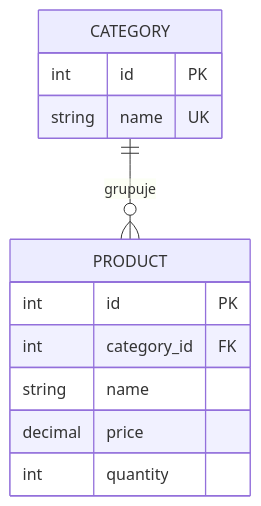
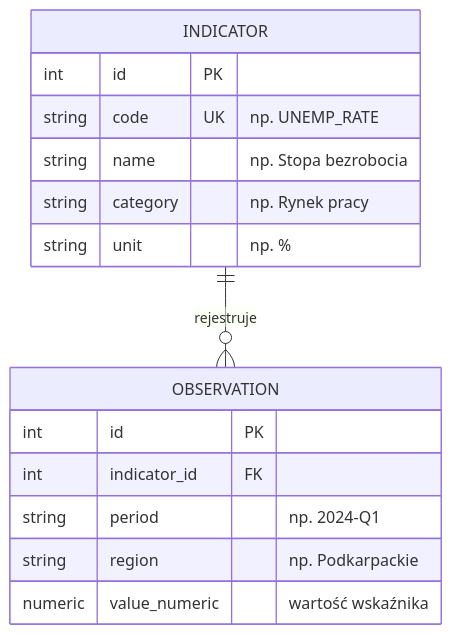
Before and after one commit to wgalka/PO2-Java: the first of 3 diagrams in 2026-2027/lab3/README.md, drawn with Mermaid. The commit also changed other lines of this file and 64 other files, not shown here.

````diff
--- a/2026-2027/lab3/README.md
+++ b/2026-2027/lab3/README.md
@@ -205,15 +97,18 @@
 ```mermaid
 erDiagram
-    CATEGORY ||--o{ PRODUCT : grupuje
-    CATEGORY {
+    INDICATOR ||--o{ OBSERVATION : rejestruje
+    INDICATOR {
         int id PK
-        string name UK
+        string code UK "np. UNEMP_RATE"
+        string name "np. Stopa bezrobocia"
+        string category "np. Rynek pracy"
+        string unit "np. %"
     }
-    PRODUCT {
+    OBSERVATION {
         int id PK
-        int category_id FK
-        string name
-        decimal price
-        int quantity
+        int indicator_id FK
+        string period "np. 2024-Q1"
+        string region "np. Podkarpackie"
+        numeric value_numeric "wartość wskaźnika"
     }
 ```
````
